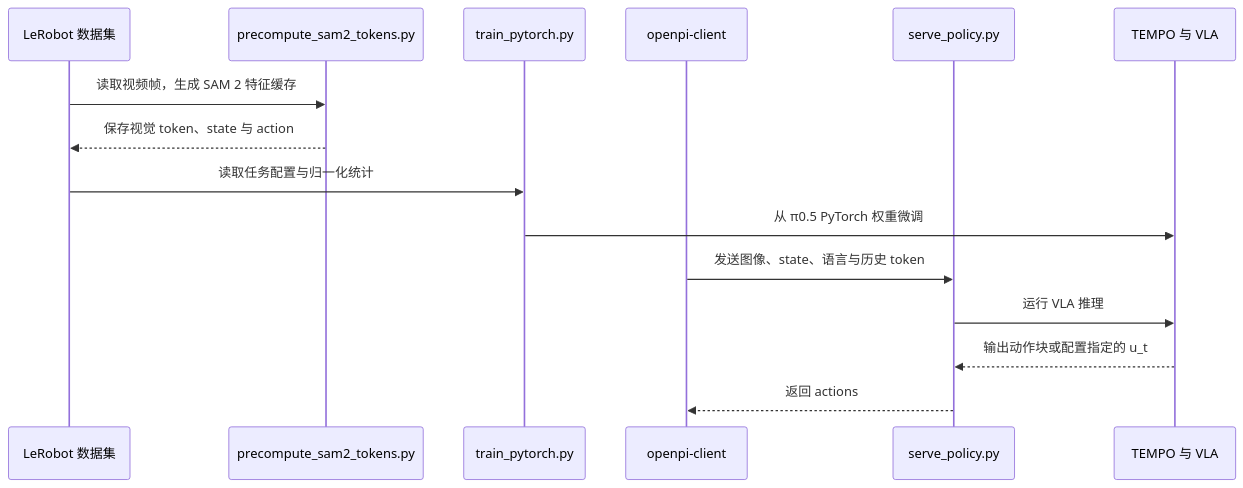
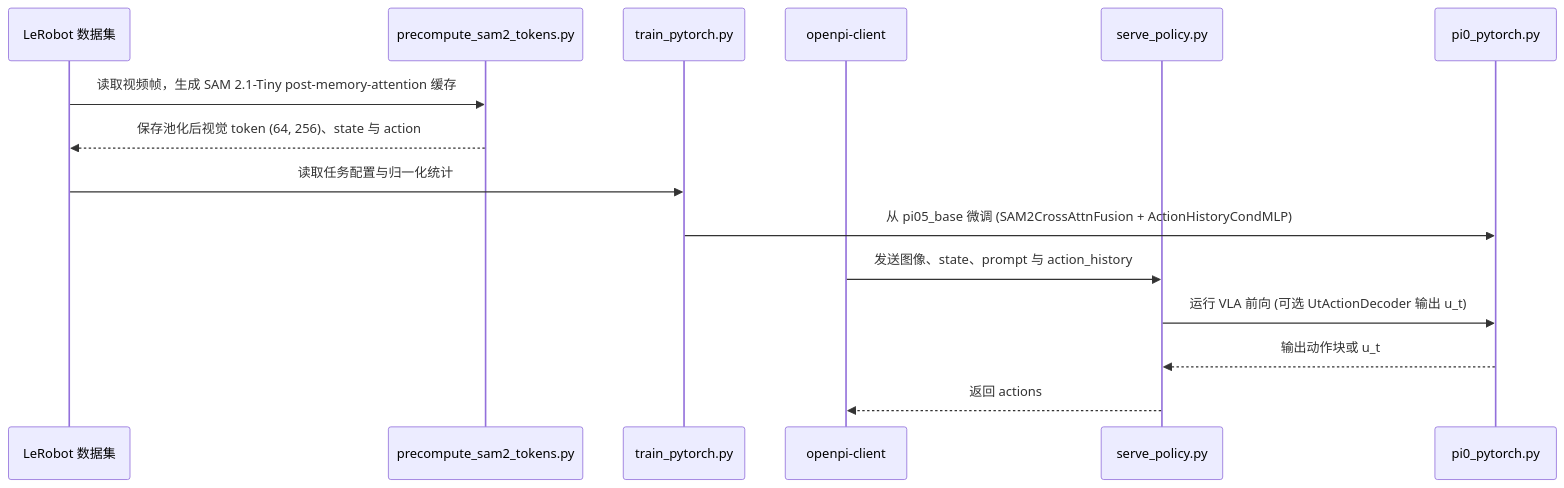
The second of 2 diagrams in wiki/entities/paper-tempo-dynamic-manipulation.md (ImChong/Robotics_Notebooks), drawn with Mermaid before and after one commit. The commit also changed other lines of this file and 192 other files, not shown here.

Commit message:
[2026-11-14] ingest | roadmap/depth-vla.md — 补齐 VLA 纵深路线全部节点原文证据与满分健康度

````diff
--- a/wiki/entities/paper-tempo-dynamic-manipulation.md
+++ b/wiki/entities/paper-tempo-dynamic-manipulation.md
@@ -74,18 +80,18 @@
 ```mermaid
 sequenceDiagram
   participant D as LeRobot 数据集
   participant P as precompute_sam2_tokens.py
   participant T as train_pytorch.py
   participant C as openpi-client
   participant S as serve_policy.py
-  participant M as TEMPO 与 VLA
+  participant M as pi0_pytorch.py
 
-  D->>P: 读取视频帧，生成 SAM 2 特征缓存
-  P-->>D: 保存视觉 token、state 与 action
+  D->>P: 读取视频帧，生成 SAM 2.1-Tiny post-memory-attention 缓存
+  P-->>D: 保存池化后视觉 token (64, 256)、state 与 action
   D->>T: 读取任务配置与归一化统计
-  T->>M: 从 π0.5 PyTorch 权重微调
-  C->>S: 发送图像、state、语言与历史 token
-  S->>M: 运行 VLA 推理
-  M-->>S: 输出动作块或配置指定的 u_t
+  T->>M: 从 pi05_base 微调 (SAM2CrossAttnFusion + ActionHistoryCondMLP)
+  C->>S: 发送图像、state、prompt 与 action_history
+  S->>M: 运行 VLA 前向 (可选 UtActionDecoder 输出 u_t)
+  M-->>S: 输出动作块或 u_t
   S-->>C: 返回 actions
 ```
````
